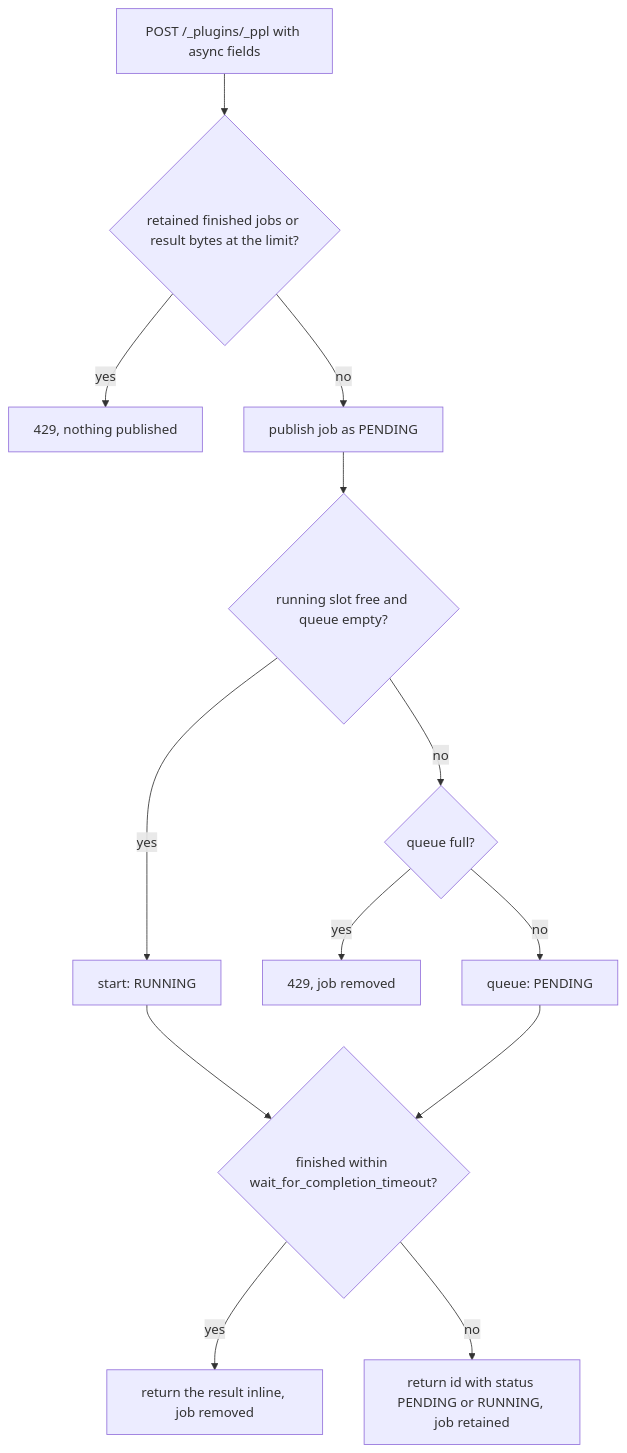
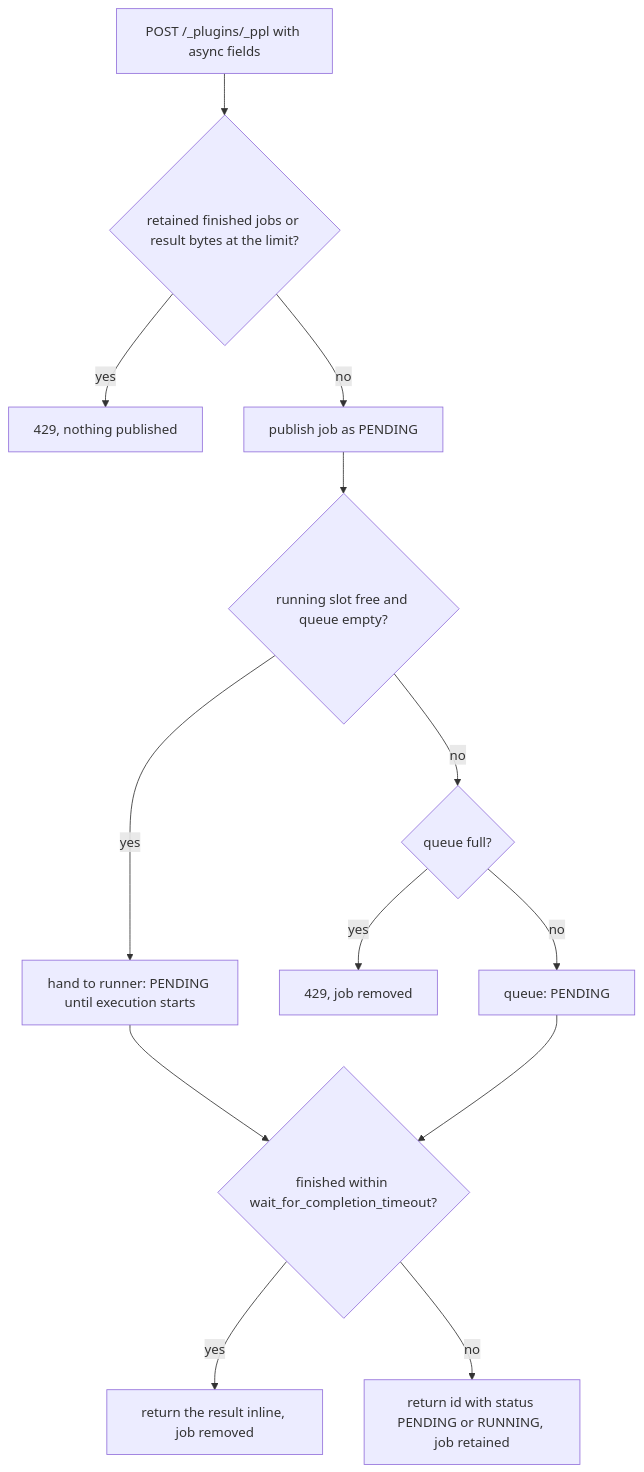
The second of 2 diagrams in docs/dev/ppl-async-query-lifecycle.md (penghuo/os-sql), drawn with Mermaid before and after one commit. The commit also changed other lines of this file and 16 other files, not shown here.

````diff
--- a/docs/dev/ppl-async-query-lifecycle.md
+++ b/docs/dev/ppl-async-query-lifecycle.md
@@ -54,15 +59,15 @@
 ```mermaid
 flowchart TD
   A[POST /_plugins/_ppl with async fields] --> B{retained finished jobs or result bytes at the limit?}
   B -- yes --> R1[429, nothing published]
   B -- no --> C[publish job as PENDING]
   C --> D{running slot free and queue empty?}
-  D -- yes --> E[start: RUNNING]
+  D -- yes --> E[hand to runner: PENDING until execution starts]
   D -- no --> F{queue full?}
   F -- yes --> R2[429, job removed]
   F -- no --> G[queue: PENDING]
   E --> H{finished within wait_for_completion_timeout?}
   G --> H
   H -- yes --> I[return the result inline, job removed]
   H -- no --> J[return id with status PENDING or RUNNING, job retained]
 ```
````
